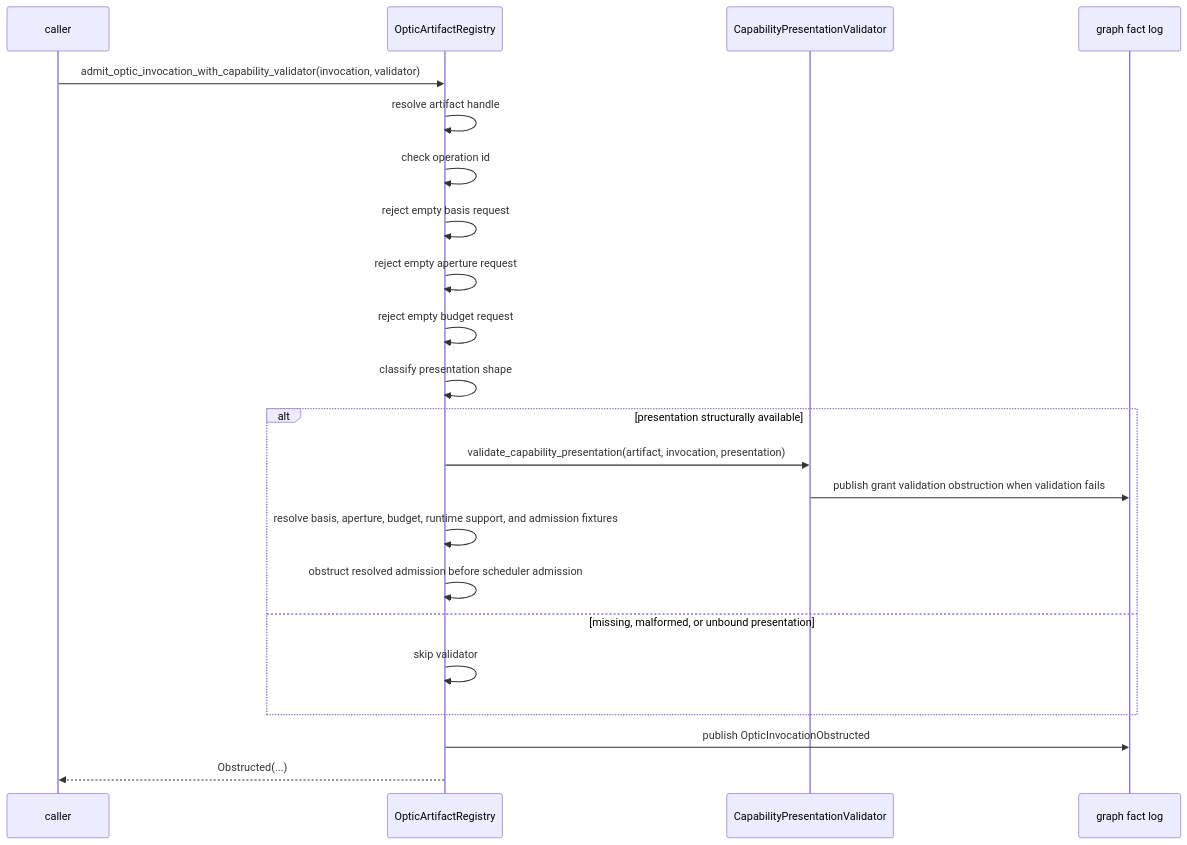
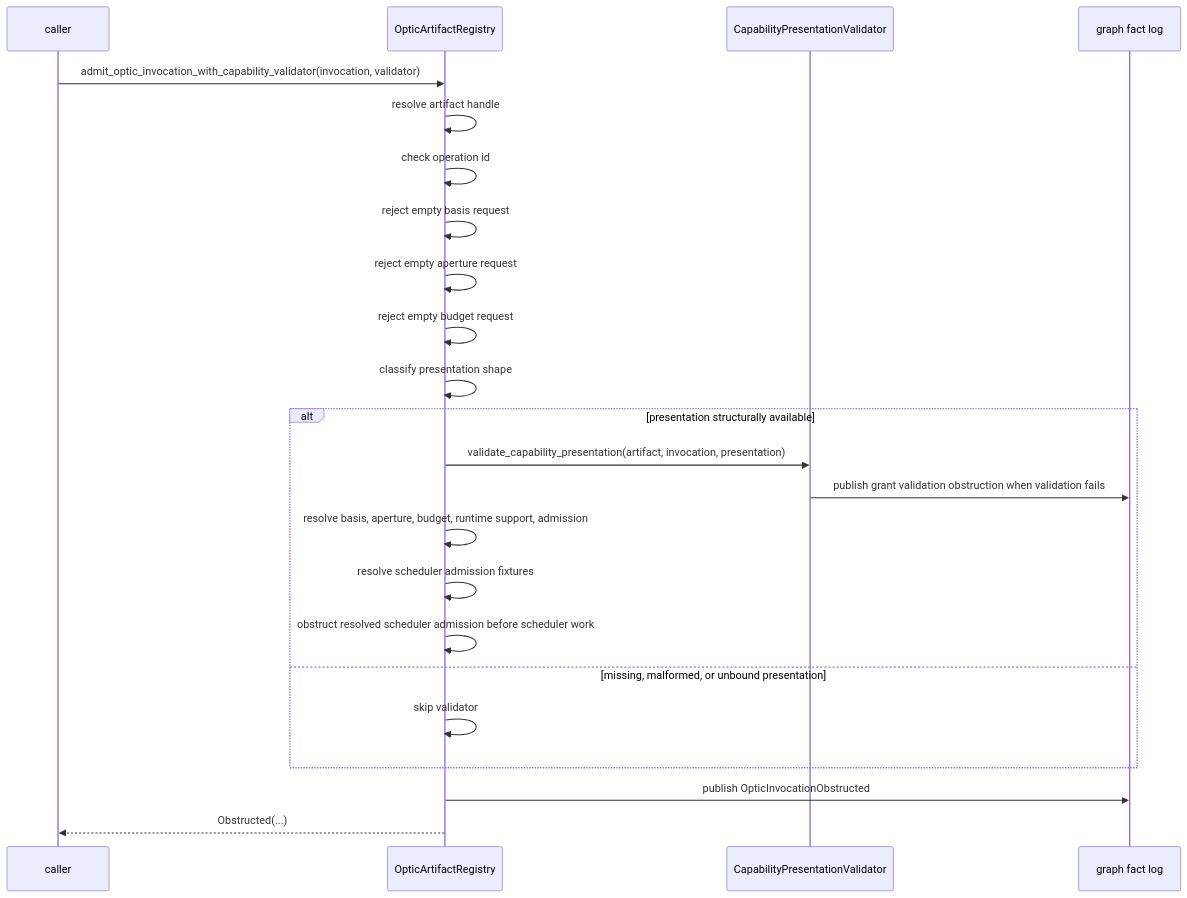
The second of 4 diagrams in docs/design/budget-and-runtime-support-optic-admission.md (flyingrobots/echo), drawn with Mermaid before and after one commit. The commit also changed other lines of this file and 2 other files, not shown here.

Commit message:
docs: record scheduler admission v0 boundary

````diff
--- a/docs/design/budget-and-runtime-support-optic-admission.md
+++ b/docs/design/budget-and-runtime-support-optic-admission.md
@@ -125,25 +131,26 @@
 ```mermaid
 sequenceDiagram
   participant Caller as caller
   participant Registry as OpticArtifactRegistry
   participant Validator as CapabilityPresentationValidator
   participant Facts as graph fact log
 
   Caller->>Registry: admit_optic_invocation_with_capability_validator(invocation, validator)
   Registry->>Registry: resolve artifact handle
   Registry->>Registry: check operation id
   Registry->>Registry: reject empty basis request
   Registry->>Registry: reject empty aperture request
   Registry->>Registry: reject empty budget request
   Registry->>Registry: classify presentation shape
   alt presentation structurally available
     Registry->>Validator: validate_capability_presentation(artifact, invocation, presentation)
     Validator->>Facts: publish grant validation obstruction when validation fails
-    Registry->>Registry: resolve basis, aperture, budget, runtime support, and admission fixtures
-    Registry->>Registry: obstruct resolved admission before scheduler admission
+    Registry->>Registry: resolve basis, aperture, budget, runtime support, admission
+    Registry->>Registry: resolve scheduler admission fixtures
+    Registry->>Registry: obstruct resolved scheduler admission before scheduler work
   else missing, malformed, or unbound presentation
     Registry->>Registry: skip validator
   end
   Registry->>Facts: publish OpticInvocationObstructed
   Registry-->>Caller: Obstructed(...)
 ```
````
